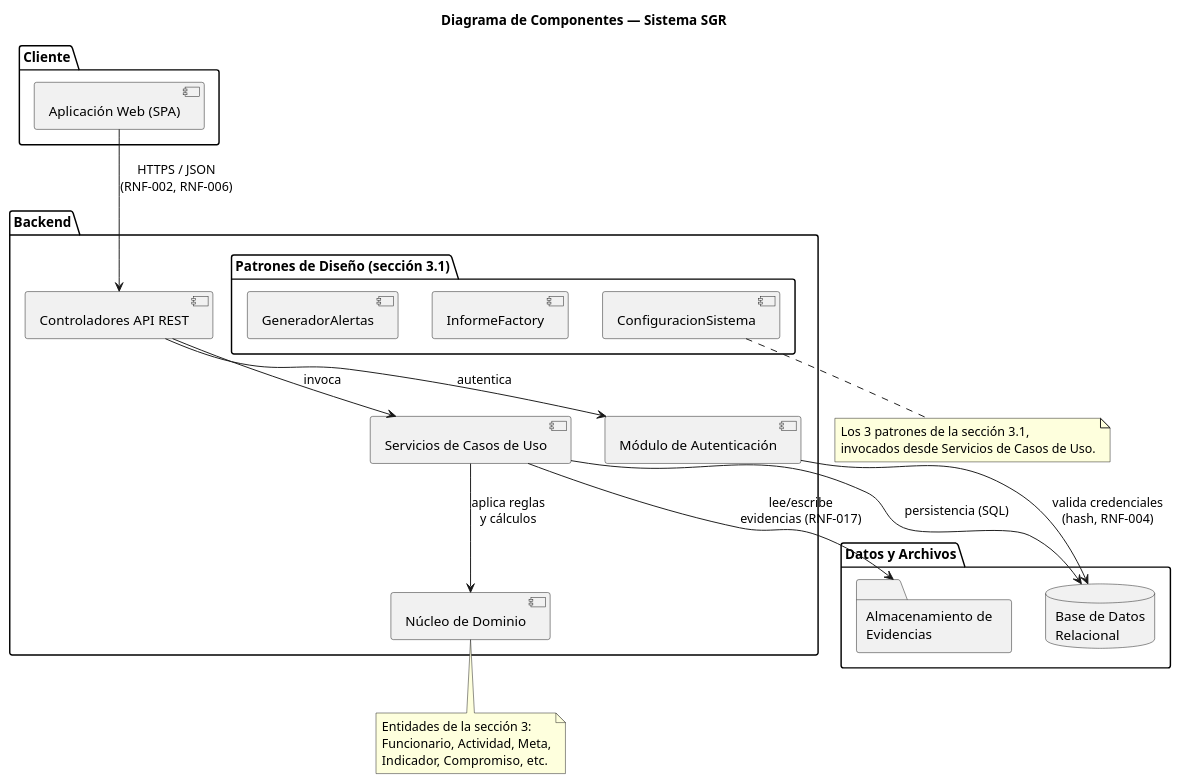
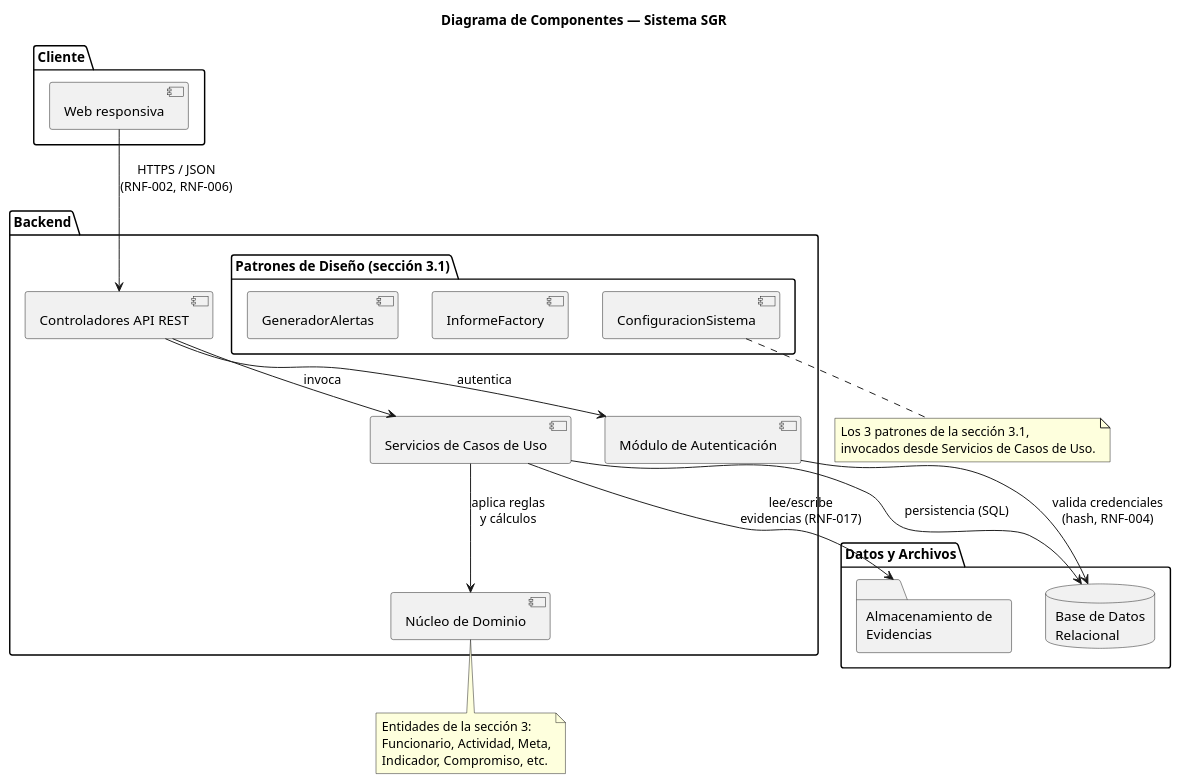
One commit to Ren-reno/ev1 changed the diagram in assets/actividad-3/componentes.puml. Above: the diagram before and after it, drawn with PlantUML. The commit also changed 5 other files, not shown here.

First line of the commit message:
actividad-3: alinear diagramas de casos de uso, clases y componentes con guia-sgr.md

```diff
--- a/assets/actividad-3/componentes.puml
+++ b/assets/actividad-3/componentes.puml
@@ -1,44 +1,44 @@
 @startuml componentes
 title Diagrama de Componentes — Sistema SGR
 
 package "Cliente" {
-  [Aplicación Web (SPA)] as WEB
+  [Web responsiva] as WEB
 }
 
 package "Backend" {
   [Controladores API REST] as API
   [Servicios de Casos de Uso] as SERV
   package "Patrones de Diseño (sección 3.1)" {
     [ConfiguracionSistema] as SINGLETON
     [InformeFactory] as FACTORY
     [GeneradorAlertas] as OBSERVER
   }
   [Módulo de Autenticación] as AUTH
   [Núcleo de Dominio] as DOM
 }
 
 package "Datos y Archivos" {
   database "Base de Datos\nRelacional" as BD
   folder "Almacenamiento de\nEvidencias" as FILES
 }
 
 WEB --> API : HTTPS / JSON\n(RNF-002, RNF-006)
 API --> SERV : invoca
 API --> AUTH : autentica
 SERV --> DOM : aplica reglas\ny cálculos
 SERV --> BD : persistencia (SQL)
 SERV --> FILES : lee/escribe\nevidencias (RNF-017)
 AUTH --> BD : valida credenciales\n(hash, RNF-004)
 
 note bottom of DOM
   Entidades de la sección 3:
   Funcionario, Actividad, Meta,
   Indicador, Compromiso, etc.
 end note
 
 note bottom of SINGLETON
   Los 3 patrones de la sección 3.1,
   invocados desde Servicios de Casos de Uso.
 end note
 
 @enduml
```
